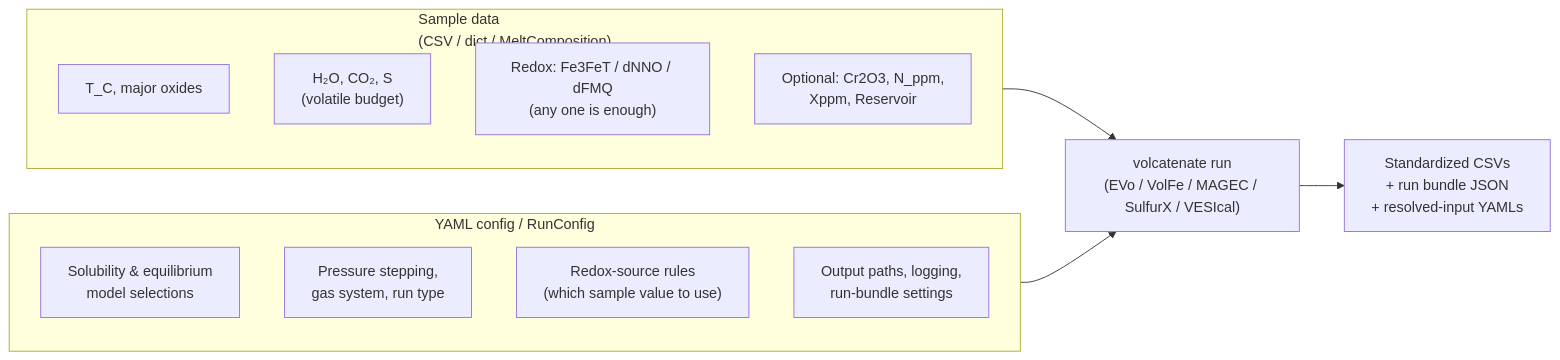
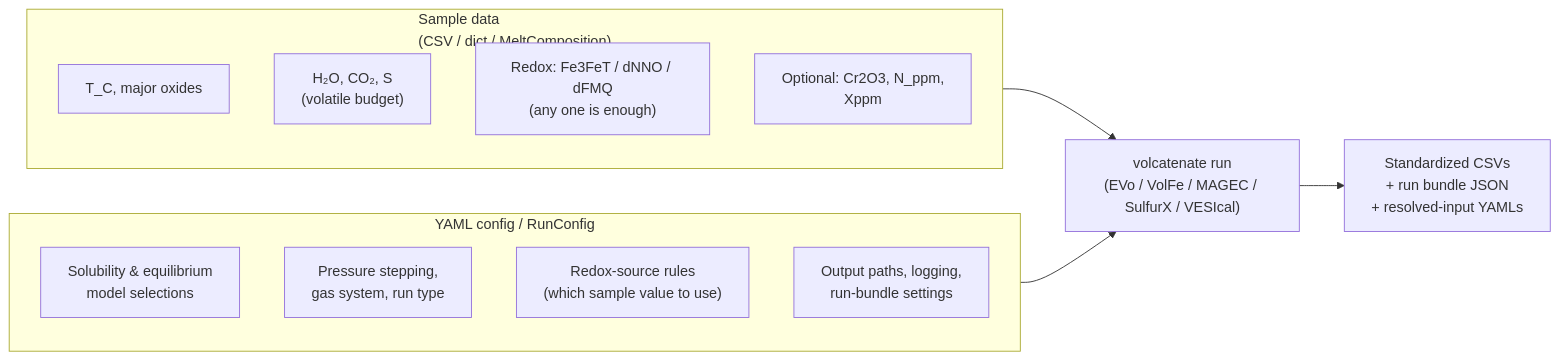
Before and after one commit to kaylai/volcatenate: the first of 2 diagrams in docs/config_options.md, drawn with Mermaid. The commit also changed other lines of this file and 11 other files, not shown here.

````diff
--- a/docs/config_options.md
+++ b/docs/config_options.md
@@ -55,18 +55,18 @@
 ```{mermaid}
 flowchart LR
     subgraph SAMPLE["Sample data<br/>(CSV / dict / MeltComposition)"]
         S1["T_C, major oxides"]
         S2["H₂O, CO₂, S<br/>(volatile budget)"]
         S3["Redox: Fe3FeT / dNNO / dFMQ<br/>(any one is enough)"]
-        S4["Optional: Cr2O3, N_ppm,<br/>Xppm, Reservoir"]
+        S4["Optional: Cr2O3, N_ppm,<br/>Xppm"]
     end
     subgraph YAML["YAML config / RunConfig"]
         Y1["Solubility & equilibrium<br/>model selections"]
         Y2["Pressure stepping,<br/>gas system, run type"]
         Y3["Redox-source rules<br/>(which sample value to use)"]
         Y4["Output paths, logging,<br/>run-bundle settings"]
     end
     SAMPLE --> RUN["volcatenate run<br/>(EVo / VolFe / MAGEC / SulfurX / VESIcal)"]
     YAML --> RUN
     RUN --> OUT["Standardized CSVs<br/>+ run bundle JSON<br/>+ resolved-input YAMLs"]
 ```
````
